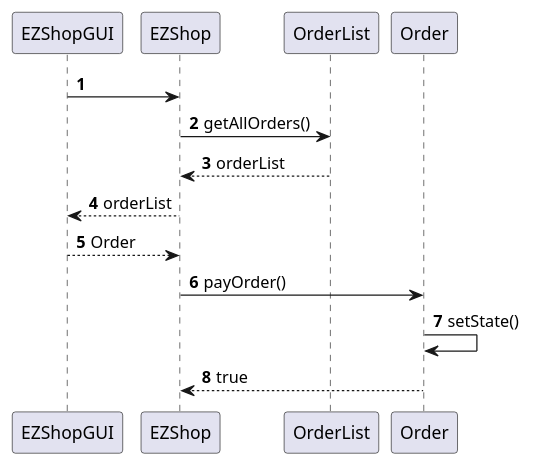
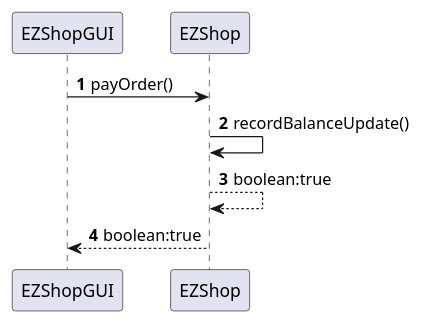
The eighth of 22 diagrams in Deliverables/DesignDocument.md (mkexc/ezshop), drawn with PlantUML before and after one commit. The commit also changed other lines of this file and 3 other files, not shown here.

````diff
--- a/Deliverables/DesignDocument.md
+++ b/Deliverables/DesignDocument.md
@@ -309,13 +303,9 @@
 ```plantuml
 @startuml
 autonumber
-EZShopGUI -> EZShop
-EZShop -> OrderList : getAllOrders()
-EZShop <-- OrderList : orderList
-EZShop --> EZShopGUI : orderList
-EZShop <-- EZShopGUI : Order
-EZShop -> Order : payOrder()
-Order -> Order : setState()
-EZShop <-- Order : true
+EZShopGUI -> EZShop : payOrder()
+EZShop -> EZShop : recordBalanceUpdate()
+EZShop --> EZShop : boolean:true
+EZShop --> EZShopGUI : boolean:true
 @enduml
 ```
````
